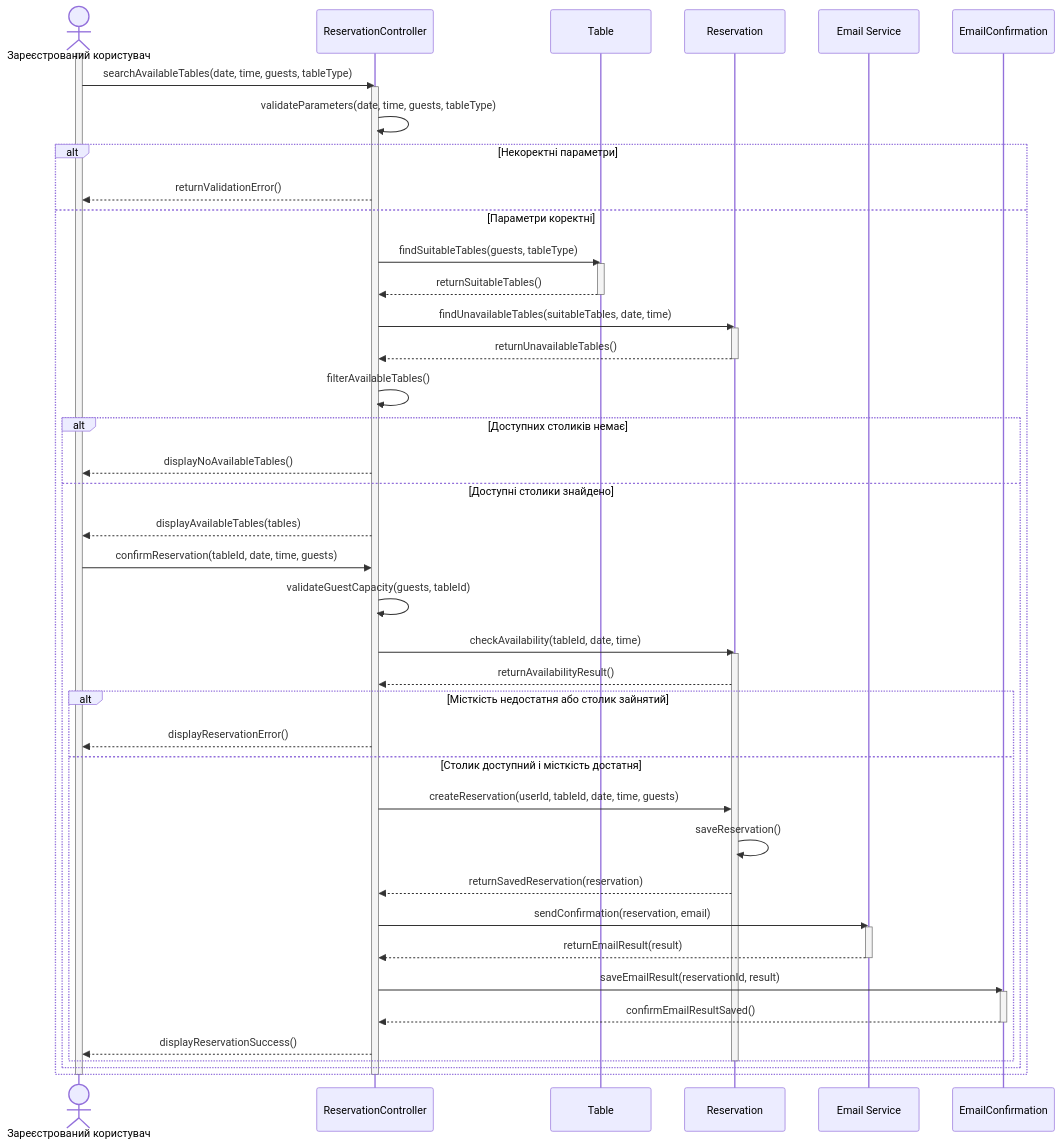
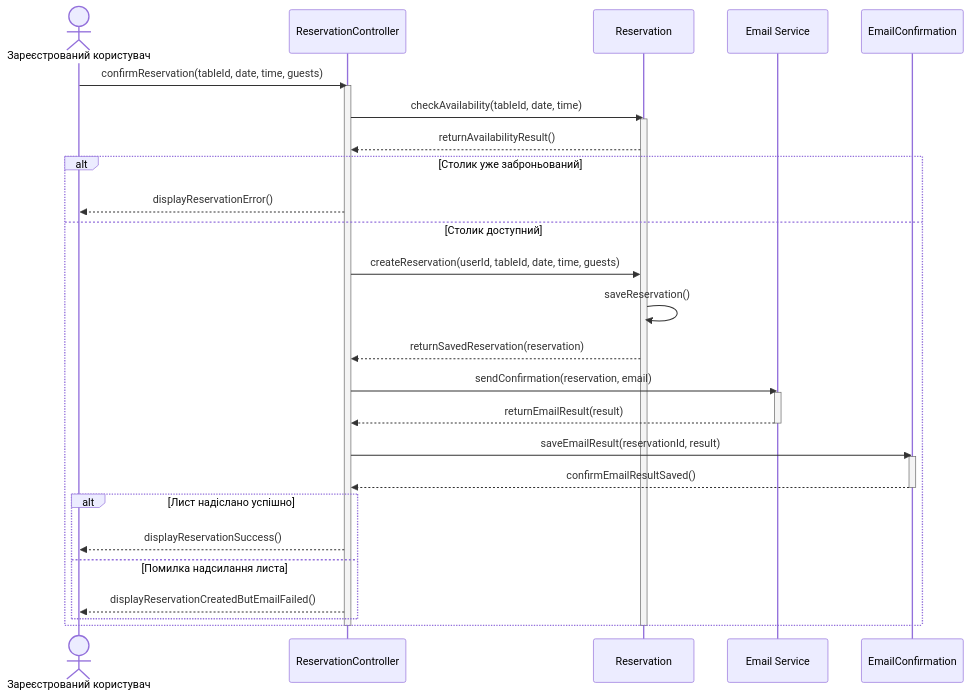
Before and after one commit to Vvvvvaleriia/Labs-KPI: the diagram in lab3/scenario-2.md, drawn with Mermaid. The commit also changed other lines of this file, not shown here.

Commit message:
update reservation second scenarios

````diff
--- a/lab3/scenario-2.md
+++ b/lab3/scenario-2.md
@@ -38,67 +30,42 @@
 ```mermaid
 sequenceDiagram
     actor User as Зареєстрований користувач
     participant RC as ReservationController
-    participant T as Table
     participant R as Reservation
     participant ES as Email Service
     participant EC as EmailConfirmation
 
-    activate User
-    User->>RC: searchAvailableTables(date, time, guests, tableType)
+    User->>RC: confirmReservation(tableId, date, time, guests)
     activate RC
 
-    RC->>RC: validateParameters(date, time, guests, tableType)
+    RC->>R: checkAvailability(tableId, date, time)
+    activate R
+    R-->>RC: returnAvailabilityResult()
 
-    alt Некоректні параметри
-        RC-->>User: returnValidationError()
-    else Параметри коректні
-        RC->>T: findSuitableTables(guests, tableType)
-        activate T
-        T-->>RC: returnSuitableTables()
-        deactivate T
+    alt Столик уже заброньований
+        RC-->>User: displayReservationError()
+    else Столик доступний
+        RC->>R: createReservation(userId, tableId, date, time, guests)
+        R->>R: saveReservation()
+        R-->>RC: returnSavedReservation(reservation)
 
-        RC->>R: findUnavailableTables(suitableTables, date, time)
-        activate R
-        R-->>RC: returnUnavailableTables()
-        deactivate R
+        RC->>ES: sendConfirmation(reservation, email)
+        activate ES
+        ES-->>RC: returnEmailResult(result)
+        deactivate ES
 
-        RC->>RC: filterAvailableTables()
+        RC->>EC: saveEmailResult(reservationId, result)
+        activate EC
+        EC-->>RC: confirmEmailResultSaved()
+        deactivate EC
 
-        alt Доступних столиків немає
-            RC-->>User: displayNoAvailableTables()
-        else Доступні столики знайдено
-            RC-->>User: displayAvailableTables(tables)
-            User->>RC: confirmReservation(tableId, date, time, guests)
-            RC->>RC: validateGuestCapacity(guests, tableId)
-
-            RC->>R: checkAvailability(tableId, date, time)
-            activate R
-            R-->>RC: returnAvailabilityResult()
-
-            alt Місткість недостатня або столик зайнятий
-                RC-->>User: displayReservationError()
-            else Столик доступний і місткість достатня
-                RC->>R: createReservation(userId, tableId, date, time, guests)
-                R->>R: saveReservation()
-                R-->>RC: returnSavedReservation(reservation)
-
-                RC->>ES: sendConfirmation(reservation, email)
-                activate ES
-                ES-->>RC: returnEmailResult(result)
-                deactivate ES
-
-                RC->>EC: saveEmailResult(reservationId, result)
-                activate EC
-                EC-->>RC: confirmEmailResultSaved()
-                deactivate EC
-
-                RC-->>User: displayReservationSuccess()
-            end
-            deactivate R
+        alt Лист надіслано успішно
+            RC-->>User: displayReservationSuccess()
+        else Помилка надсилання листа
+            RC-->>User: displayReservationCreatedButEmailFailed()
         end
     end
 
+    deactivate R
     deactivate RC
-    deactivate User
 ```
````
